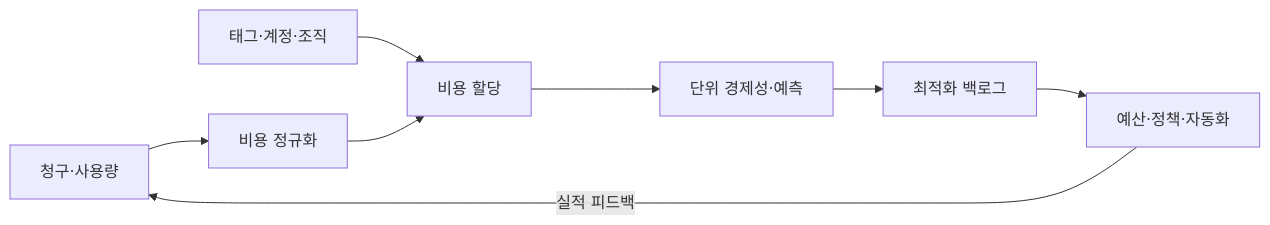
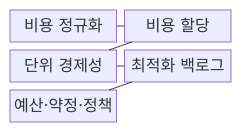
Before and after one commit to agnusdei1207/knowledge-base: the first of 2 diagrams in src/content/docs/notes/03-software/147_finops.md, drawn with Mermaid. The commit also changed other lines of this file and 20 other files, not shown here.

````diff
--- a/src/content/docs/notes/03-software/147_finops.md
+++ b/src/content/docs/notes/03-software/147_finops.md
@@ -57,10 +53,13 @@
 ```mermaid
-flowchart LR
-    B[청구·사용량] --> N[비용 정규화]
-    T[태그·계정·조직] --> A[비용 할당]
-    N --> A
-    A --> U[단위 경제성·예측]
-    U --> O[최적화 백로그]
-    O --> G[예산·정책·자동화]
-    G -->|실적 피드백| B
+block
+    columns 2
+    N["비용 정규화"]
+    A["비용 할당"]
+    U["단위 경제성"]
+    B["최적화 백로그"]
+    P["예산·약정·정책"]
+    N --- A
+    A --- U
+    U --- B
+    B --- P
 ```
````
